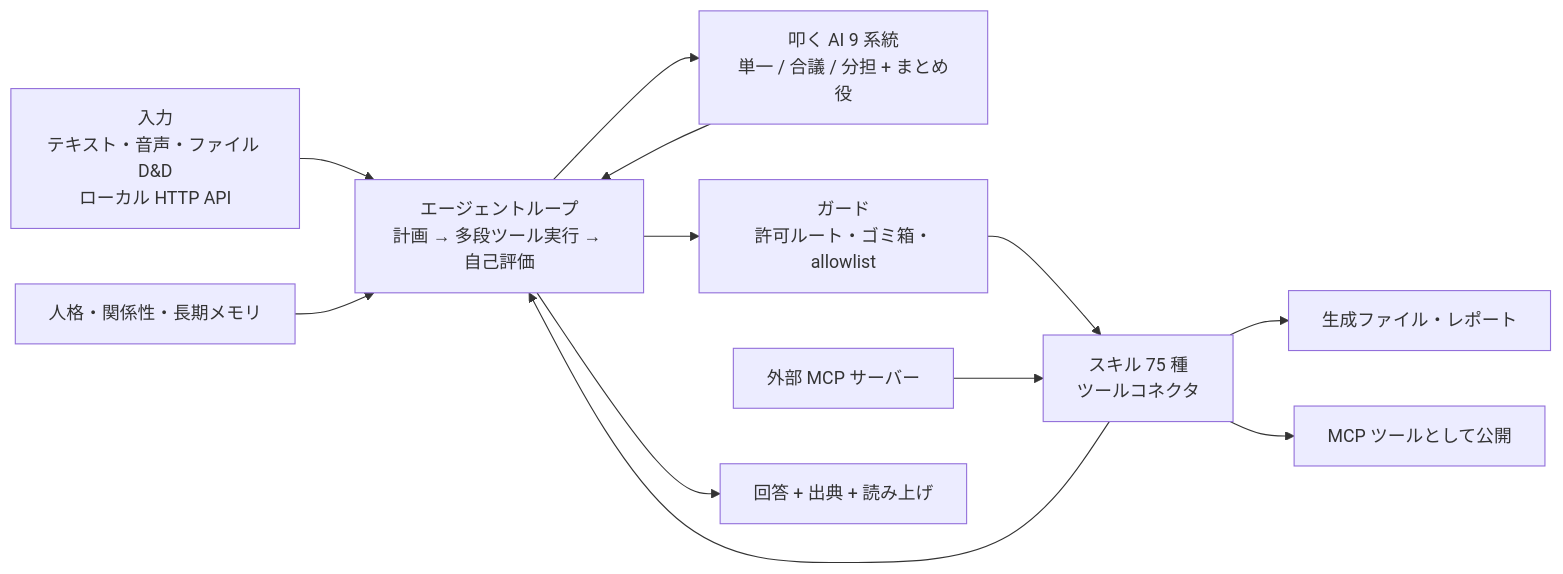
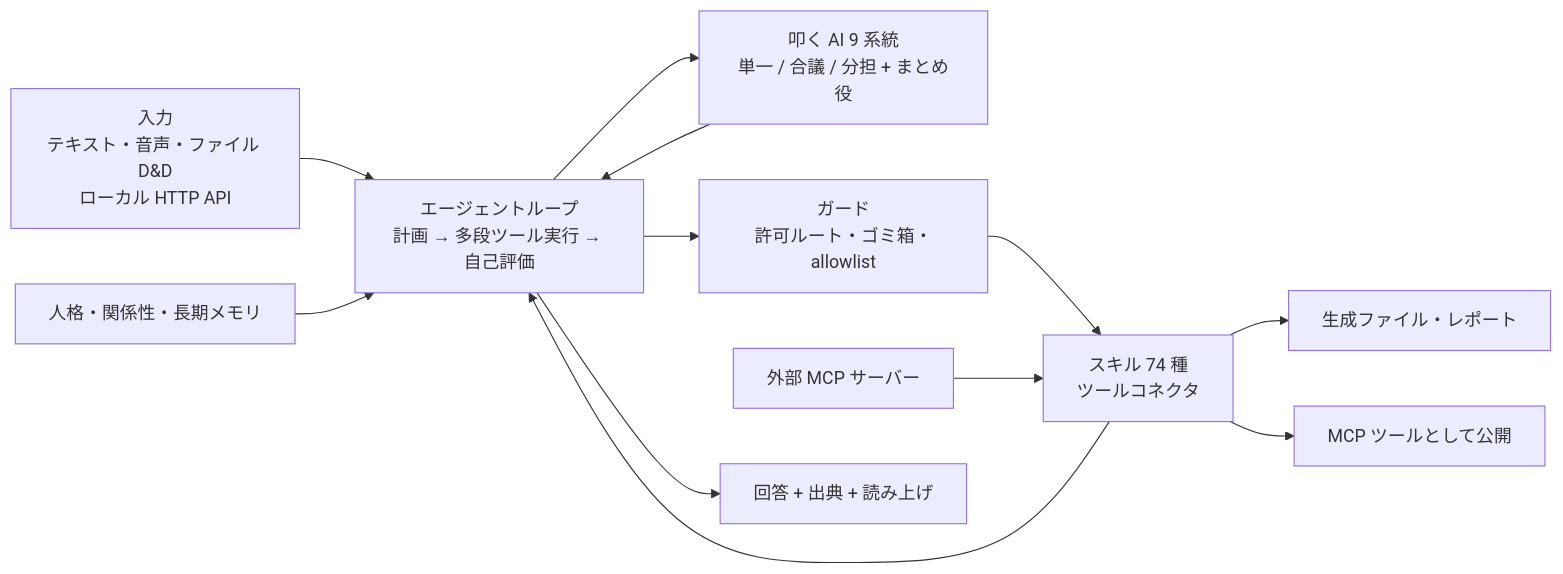
One commit to benybeny777/PicoAgent changed the second of 2 diagrams in README.md. Above: the diagram before and after it, drawn with Mermaid. The commit also changed other lines of this file and 45 other files, not shown here.

````diff
--- a/README.md
+++ b/README.md
@@ -376,14 +376,14 @@
 ```mermaid
 flowchart LR
   IN["入力<br/>テキスト・音声・ファイル D&amp;D<br/>ローカル HTTP API"] --> LOOP
   PERSONA["人格・関係性・長期メモリ"] --> LOOP
   LOOP["エージェントループ<br/>計画 → 多段ツール実行 → 自己評価"] --> AI
   AI["叩く AI 9 系統<br/>単一 / 合議 / 分担 + まとめ役"] --> LOOP
   LOOP --> GUARD["ガード<br/>許可ルート・ゴミ箱・allowlist"]
-  GUARD --> SKILLS["スキル 75 種<br/>ツールコネクタ"]
+  GUARD --> SKILLS["スキル 74 種<br/>ツールコネクタ"]
   SKILLS --> LOOP
   MCPIN["外部 MCP サーバー"] --> SKILLS
   LOOP --> OUT["回答 + 出典 + 読み上げ"]
   SKILLS --> FILES["生成ファイル・レポート"]
   SKILLS --> MCPOUT["MCP ツールとして公開"]
 ```
````
